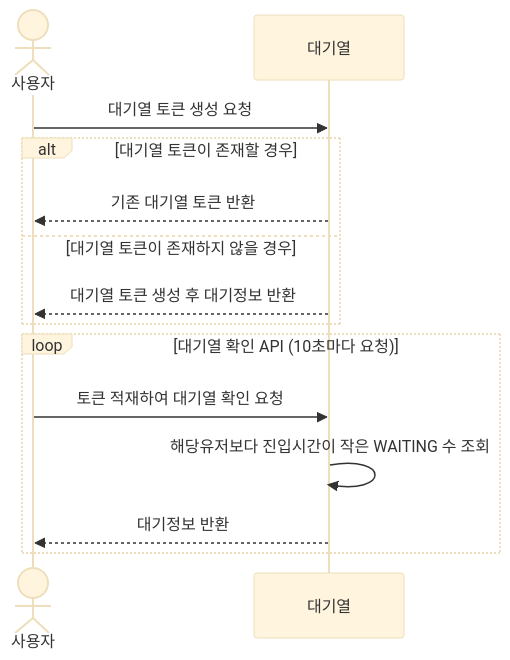
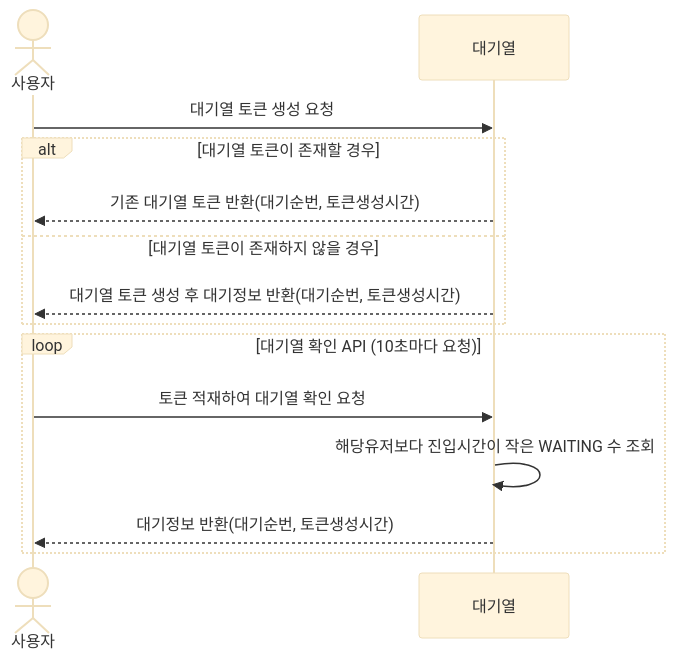
The first of 7 diagrams in reservation/doc/sequenceDiagram.md (Lexyyaa/hhplus-reservation), drawn with Mermaid (base theme) before and after one commit.

````diff
--- a/reservation/doc/sequenceDiagram.md
+++ b/reservation/doc/sequenceDiagram.md
@@ -4,16 +4,16 @@
 ```mermaid
 sequenceDiagram
     actor 사용자 as 사용자
     participant 대기열 as 대기열
     사용자 ->> 대기열: 대기열 토큰 생성 요청
     alt 대기열 토큰이 존재할 경우
-        대기열 -->> 사용자: 기존 대기열 토큰 반환
+        대기열 -->> 사용자: 기존 대기열 토큰 반환(대기순번, 토큰생성시간)
     else 대기열 토큰이 존재하지 않을 경우
-        대기열 -->> 사용자: 대기열 토큰 생성 후 대기정보 반환
+        대기열 -->> 사용자: 대기열 토큰 생성 후 대기정보 반환(대기순번, 토큰생성시간)
     end
     loop 대기열 확인 API (10초마다 요청)
         사용자 ->> 대기열: 토큰 적재하여 대기열 확인 요청
         대기열 ->> 대기열: 해당유저보다 진입시간이 작은 WAITING 수 조회
-        대기열 -->> 사용자: 대기정보 반환
+        대기열 -->> 사용자: 대기정보 반환(대기순번, 토큰생성시간)
     end
 ```
````
